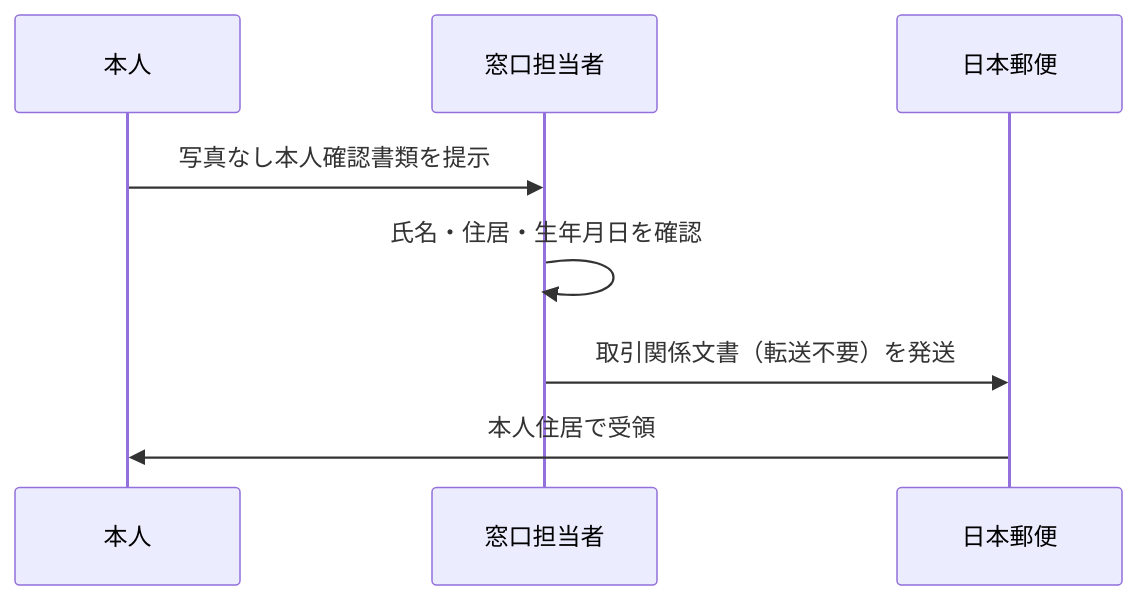
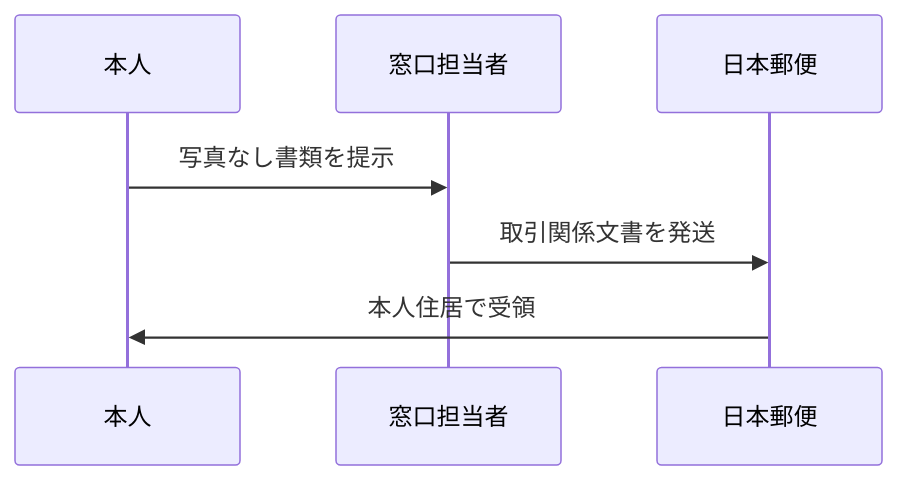
One commit to CiderH2CO3/study-hanshuho changed the second of 21 diagrams in hanshuho.md. Above: the diagram before and after it, drawn with Mermaid. The commit also changed other lines of this file and 1 other file, not shown here.

````diff
--- a/hanshuho.md
+++ b/hanshuho.md
@@ -243,10 +169,9 @@
 ```mermaid
 sequenceDiagram
     participant User as 本人
     participant Staff as 窓口担当者
     participant Post as 日本郵便
-    User->>Staff: 写真なし本人確認書類を提示
-    Staff->>Staff: 氏名・住居・生年月日を確認
-    Staff->>Post: 取引関係文書（転送不要）を発送
+    User->>Staff: 写真なし書類を提示
+    Staff->>Post: 取引関係文書を発送
     Post->>User: 本人住居で受領
 ```
````
